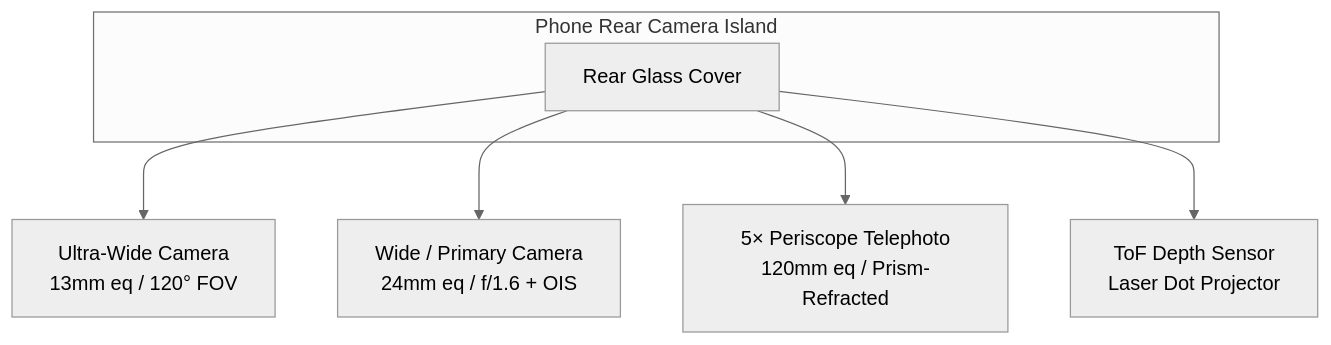
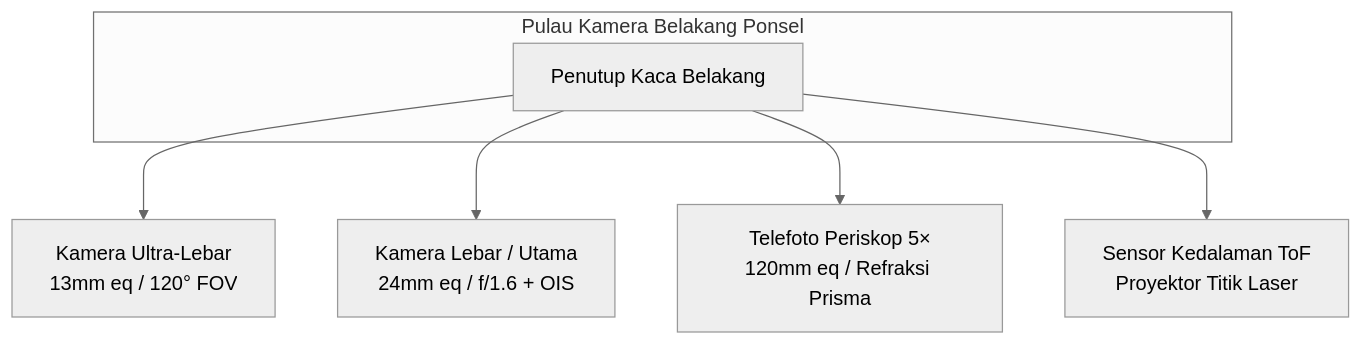
Before and after one commit to zoozooll/AndroidCameraParameters: the fourth of 5 diagrams in website/i18n/id/docusaurus-plugin-content-docs/current/camera2/understanding-smartphone-cameras.md, drawn with Mermaid (neutral theme). The commit also changed other lines of this file and 378 other files, not shown here.

````diff
--- a/website/i18n/id/docusaurus-plugin-content-docs/current/camera2/understanding-smartphone-cameras.md
+++ b/website/i18n/id/docusaurus-plugin-content-docs/current/camera2/understanding-smartphone-cameras.md
@@ -202,10 +202,10 @@
 ```mermaid
 graph TB
-    subgraph "Phone Rear Camera Island"
-        A[Rear Glass Cover]
+    subgraph "Pulau Kamera Belakang Ponsel"
+        A["Penutup Kaca Belakang"]
     end
-    A --> B[Ultra-Wide Camera\n13mm eq / 120° FOV]
-    A --> C[Wide / Primary Camera\n24mm eq / f/1.6 + OIS]
-    A --> D[5× Periscope Telephoto\n120mm eq / Prism-Refracted]
-    A --> E[ToF Depth Sensor\nLaser Dot Projector]
+    A --> B[Kamera Ultra-Lebar<br/>13mm eq / 120° FOV]
+    A --> C[Kamera Lebar / Utama<br/>24mm eq / f/1.6 + OIS]
+    A --> D[Telefoto Periskop 5×<br/>120mm eq / Refraksi Prisma]
+    A --> E[Sensor Kedalaman ToF<br/>Proyektor Titik Laser]
 ```
````
